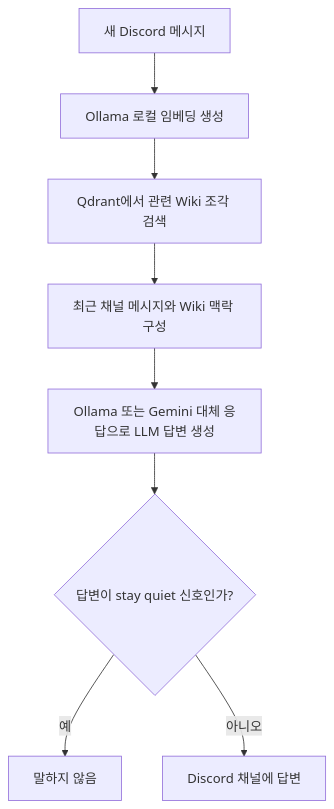
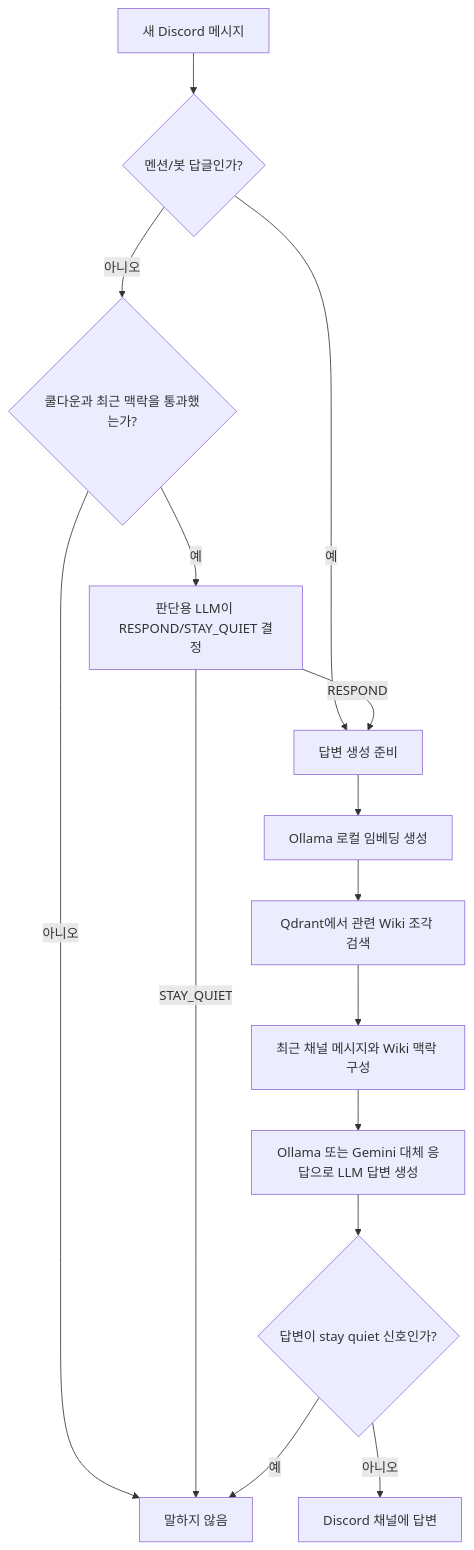
The third of 3 diagrams in docs/wiki-structure.md (HIX4123/hixbot), drawn with Mermaid before and after one commit. The commit also changed other lines of this file and 14 other files, not shown here.

````diff
--- a/docs/wiki-structure.md
+++ b/docs/wiki-structure.md
@@ -123,10 +123,17 @@
 ```mermaid
 flowchart TD
-    A[새 Discord 메시지] --> B[Ollama 로컬 임베딩 생성]
-    B --> C[Qdrant에서 관련 Wiki 조각 검색]
-    C --> D[최근 채널 메시지와 Wiki 맥락 구성]
-    D --> E[Ollama 또는 Gemini 대체 응답으로 LLM 답변 생성]
-    E --> F{답변이 stay quiet 신호인가?}
-    F -- 예 --> G[말하지 않음]
-    F -- 아니오 --> H[Discord 채널에 답변]
+    A[새 Discord 메시지] --> B{멘션/봇 답글인가?}
+    B -- 예 --> E[답변 생성 준비]
+    B -- 아니오 --> C{쿨다운과 최근 맥락을 통과했는가?}
+    C -- 아니오 --> Z[말하지 않음]
+    C -- 예 --> D[판단용 LLM이 RESPOND/STAY_QUIET 결정]
+    D -->|STAY_QUIET| Z
+    D -->|RESPOND| E
+    E --> F[Ollama 로컬 임베딩 생성]
+    F --> G[Qdrant에서 관련 Wiki 조각 검색]
+    G --> H[최근 채널 메시지와 Wiki 맥락 구성]
+    H --> I[Ollama 또는 Gemini 대체 응답으로 LLM 답변 생성]
+    I --> J{답변이 stay quiet 신호인가?}
+    J -- 예 --> Z
+    J -- 아니오 --> K[Discord 채널에 답변]
 ```
````
